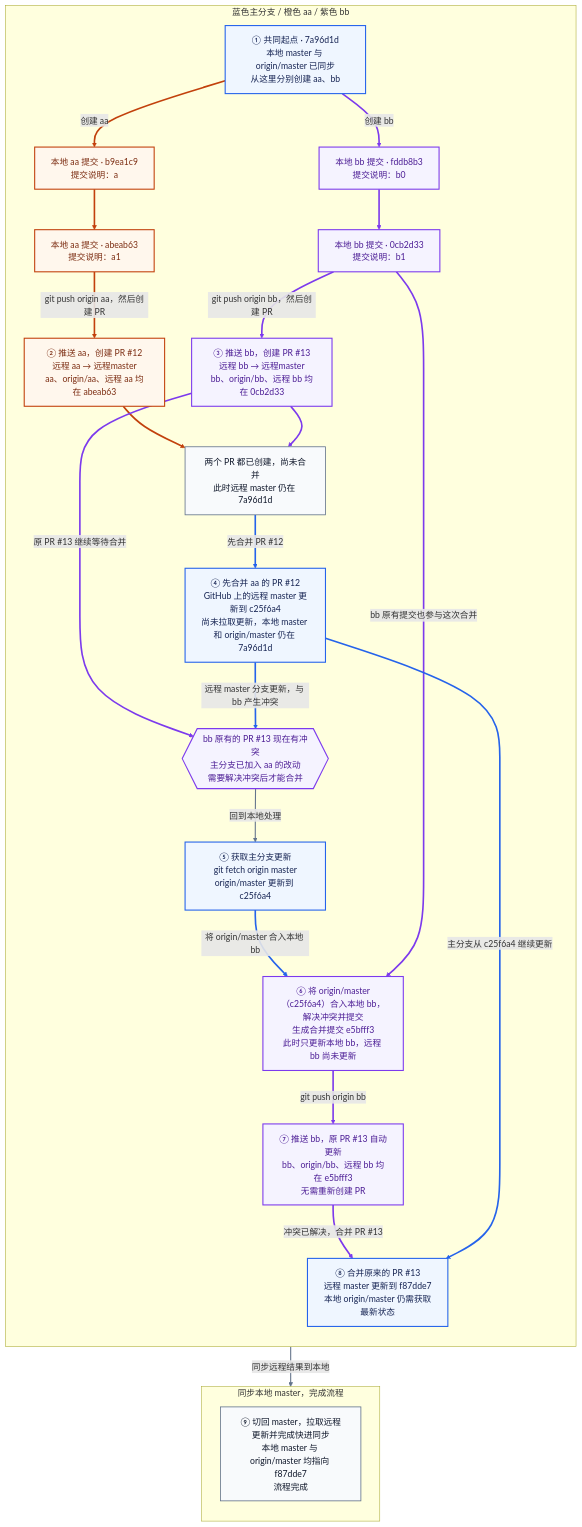
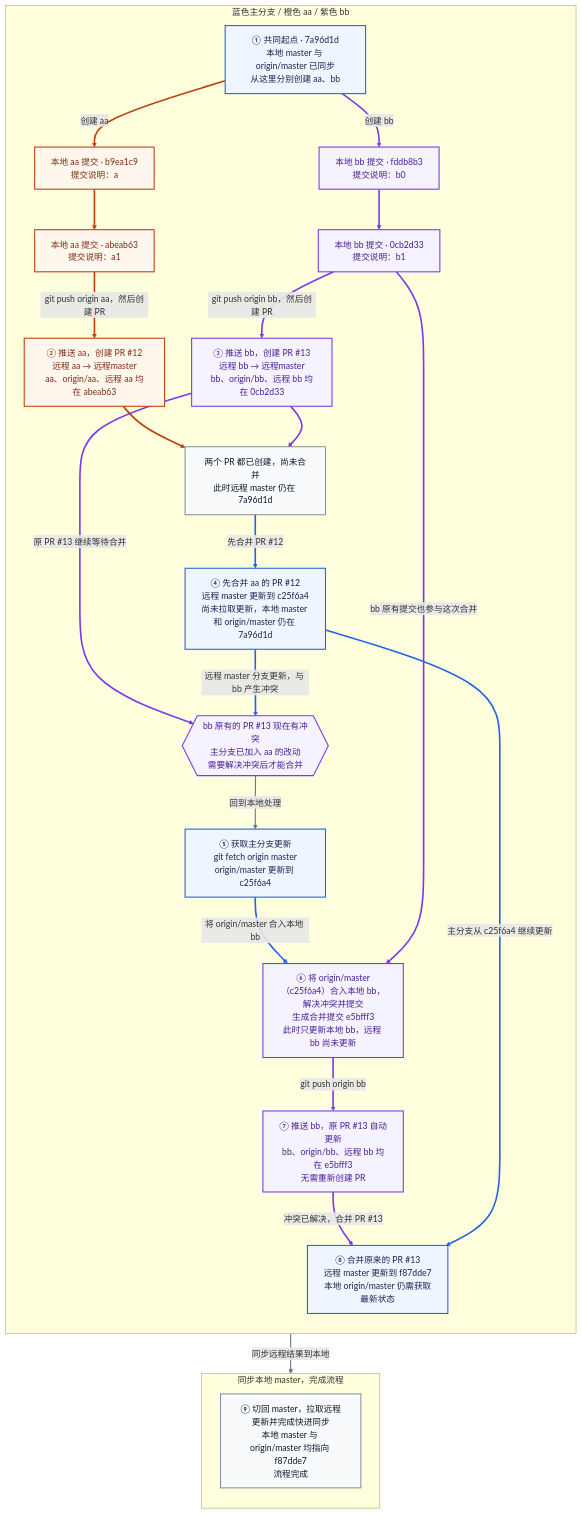
Before and after one commit to dcdmm/Script: the diagram in git-team-workflow-pr-first.md, drawn with Mermaid. The commit also changed 1 other file, not shown here.

````diff
--- a/git-team-workflow-pr-first.md
+++ b/git-team-workflow-pr-first.md
@@ -1,60 +1,60 @@
 ```mermaid
 flowchart TD
     subgraph WORK["蓝色主分支 / 橙色 aa / 紫色 bb"]
         direction TD
 
         O["① 共同起点 · 7a96d1d<br/>本地 master 与 origin/master 已同步<br/>从这里分别创建 aa、bb"]
         A0["本地 aa 提交 · b9ea1c9<br/>提交说明：a"]
         A1["本地 aa 提交 · abeab63<br/>提交说明：a1"]
         PA["② 推送 aa，创建 PR #12<br/>远程 aa → 远程master<br/>aa、origin/aa、远程 aa 均在 abeab63"]
         B0["本地 bb 提交 · fddb8b3<br/>提交说明：b0"]
         B1["本地 bb 提交 · 0cb2d33<br/>提交说明：b1"]
         PB["③ 推送 bb，创建 PR #13<br/>远程 bb → 远程master<br/>bb、origin/bb、远程 bb 均在 0cb2d33"]
         READY["两个 PR 都已创建，尚未合并<br/>此时远程 master 仍在 7a96d1d"]
-        P12["④ 先合并 aa 的 PR #12<br/>GitHub 上的远程 master 更新到 c25f6a4<br/>尚未拉取更新，本地 master 和 origin/master 仍在 7a96d1d"]
+        P12["④ 先合并 aa 的 PR #12<br/>远程 master 更新到 c25f6a4<br/>尚未拉取更新，本地 master 和 origin/master 仍在 7a96d1d"]
         X{{"bb 原有的 PR #13 现在有冲突<br/>主分支已加入 aa 的改动<br/>需要解决冲突后才能合并"}}
         FETCH["⑤ 获取主分支更新<br/>git fetch origin master<br/>origin/master 更新到 c25f6a4"]
         M["⑥ 将 origin/master（c25f6a4）合入本地 bb，解决冲突并提交<br/>生成合并提交 e5bfff3<br/>此时只更新本地 bb，远程 bb 尚未更新"]
         UPDATE["⑦ 推送 bb，原 PR #13 自动更新<br/>bb、origin/bb、远程 bb 均在 e5bfff3<br/>无需重新创建 PR"]
         P13["⑧ 合并原来的 PR #13<br/>远程 master 更新到 f87dde7<br/>本地 origin/master 仍需获取最新状态"]
     end
 
     subgraph FINISH["同步本地 master，完成流程"]
         direction TD
         SYNC["⑨ 切回 master，拉取远程更新并完成快进同步<br/>本地 master 与 origin/master 均指向 f87dde7<br/>流程完成"]
     end
 
     O -->|"创建 aa"| A0
     A0 --> A1
     A1 -->|"git push origin aa，然后创建 PR"| PA
     O -->|"创建 bb"| B0
     B0 --> B1
     B1 -->|"git push origin bb，然后创建 PR"| PB
     PA --> READY
     PB --> READY
     READY -->|"先合并 PR #12"| P12
     PB -->|"原 PR #13 继续等待合并"| X
     P12 -->|"远程 master 分支更新，与 bb 产生冲突"| X
     X -->|"回到本地处理"| FETCH
     FETCH -->|"将 origin/master 合入本地 bb"| M
     B1 -->|"bb 原有提交也参与这次合并"| M
     M -->|"git push origin bb"| UPDATE
     UPDATE -->|"冲突已解决，合并 PR #13"| P13
     P12 -->|"主分支从 c25f6a4 继续更新"| P13
     P13 -->|"同步远程结果到本地"| SYNC
 
     classDef mainNode fill:#eff6ff,stroke:#2563eb,color:#172554,stroke-width:2px;
     classDef aaNode fill:#fff7ed,stroke:#c2410c,color:#7c2d12,stroke-width:2px;
     classDef bbNode fill:#f5f3ff,stroke:#7c3aed,color:#4c1d95,stroke-width:2px;
     classDef actionNode fill:#f8fafc,stroke:#64748b,color:#0f172a,stroke-width:1.5px;
 
     class O,P12,FETCH,P13 mainNode;
     class A0,A1,PA aaNode;
     class B0,B1,PB,X,M,UPDATE bbNode;
     class READY,SYNC actionNode;
 
     linkStyle 0,1,2,6 stroke:#c2410c,stroke-width:3px;
     linkStyle 3,4,5,7,9,13,14,15 stroke:#7c3aed,stroke-width:3px;
     linkStyle 8,10,12,16 stroke:#2563eb,stroke-width:3px;
     linkStyle 11,17 stroke:#64748b,stroke-width:2px;
 ```
````
